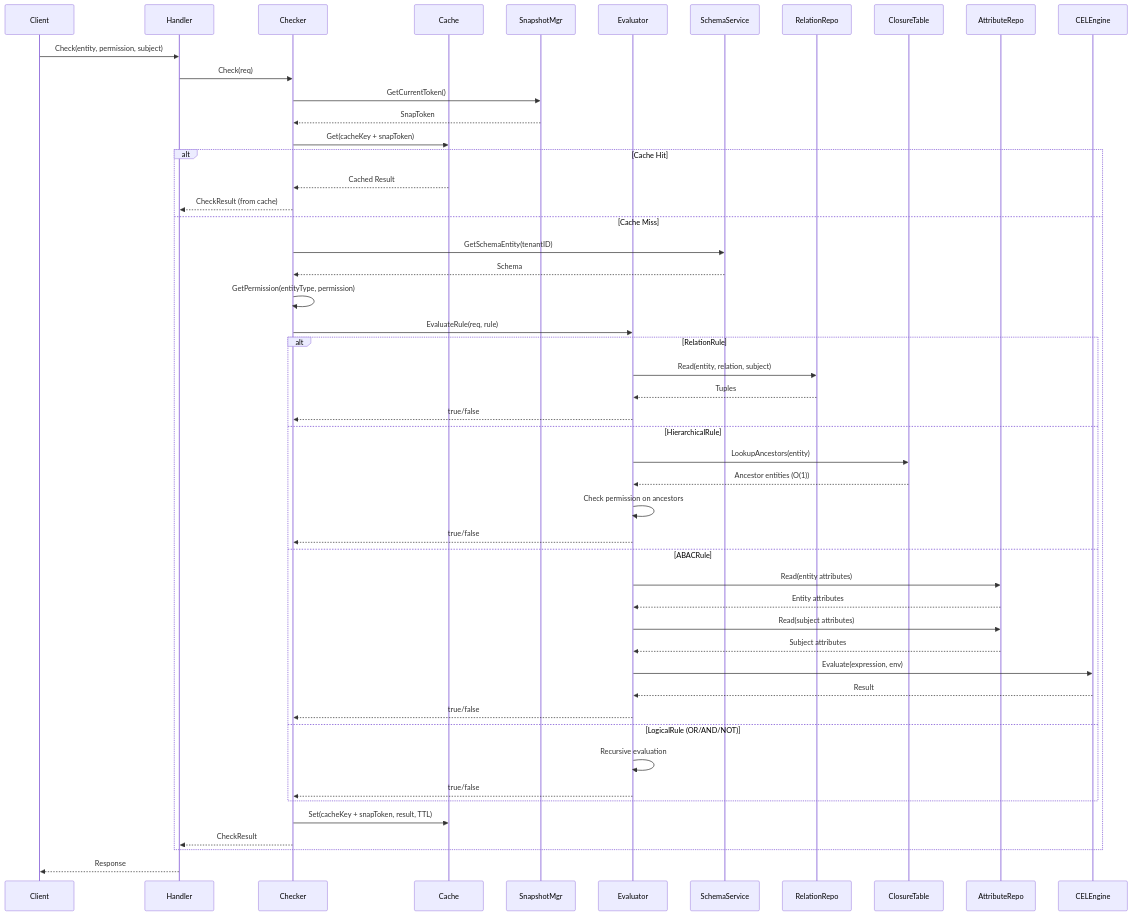
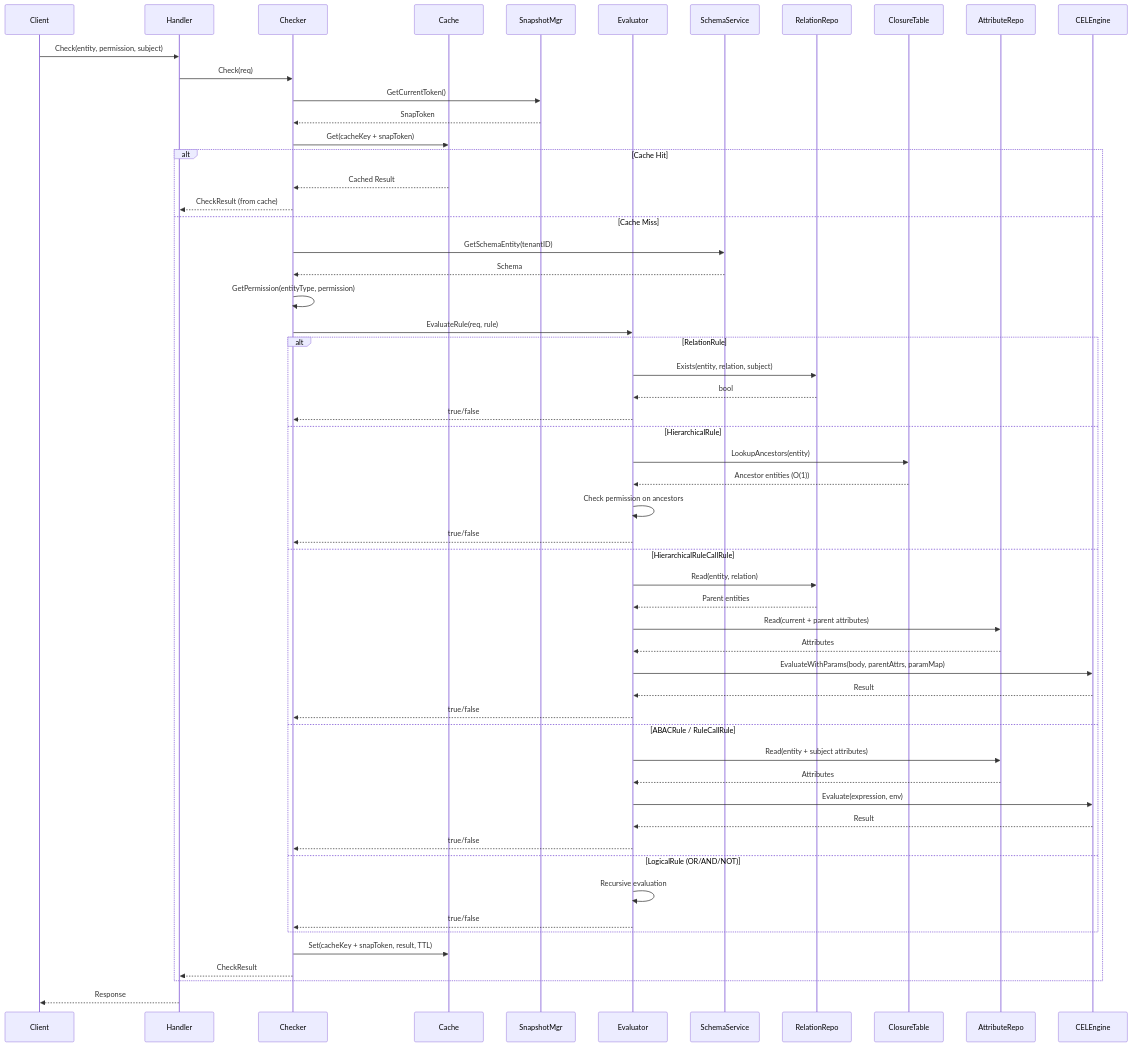
Before and after one commit to asakaida/keruberosu: the third of 15 diagrams in docs/ARCHITECTURE.md, drawn with Mermaid. The commit also changed other lines of this file and 3 other files, not shown here.

````diff
--- a/docs/ARCHITECTURE.md
+++ b/docs/ARCHITECTURE.md
@@ -158,59 +178,65 @@
 ```mermaid
 sequenceDiagram
     participant Client
     participant Handler
     participant Checker
     participant Cache
     participant SnapshotMgr
     participant Evaluator
     participant SchemaService
     participant RelationRepo
     participant ClosureTable
     participant AttributeRepo
     participant CELEngine
 
     Client->>Handler: Check(entity, permission, subject)
     Handler->>Checker: Check(req)
 
     Checker->>SnapshotMgr: GetCurrentToken()
     SnapshotMgr-->>Checker: SnapToken
 
     Checker->>Cache: Get(cacheKey + snapToken)
 
     alt Cache Hit
         Cache-->>Checker: Cached Result
         Checker-->>Handler: CheckResult (from cache)
     else Cache Miss
         Checker->>SchemaService: GetSchemaEntity(tenantID)
         SchemaService-->>Checker: Schema
         Checker->>Checker: GetPermission(entityType, permission)
         Checker->>Evaluator: EvaluateRule(req, rule)
 
         alt RelationRule
-            Evaluator->>RelationRepo: Read(entity, relation, subject)
-            RelationRepo-->>Evaluator: Tuples
+            Evaluator->>RelationRepo: Exists(entity, relation, subject)
+            RelationRepo-->>Evaluator: bool
             Evaluator-->>Checker: true/false
         else HierarchicalRule
             Evaluator->>ClosureTable: LookupAncestors(entity)
             ClosureTable-->>Evaluator: Ancestor entities (O(1))
             Evaluator->>Evaluator: Check permission on ancestors
             Evaluator-->>Checker: true/false
-        else ABACRule
-            Evaluator->>AttributeRepo: Read(entity attributes)
-            AttributeRepo-->>Evaluator: Entity attributes
-            Evaluator->>AttributeRepo: Read(subject attributes)
-            AttributeRepo-->>Evaluator: Subject attributes
+        else HierarchicalRuleCallRule
+            Evaluator->>RelationRepo: Read(entity, relation)
+            RelationRepo-->>Evaluator: Parent entities
+            Evaluator->>AttributeRepo: Read(current + parent attributes)
+            AttributeRepo-->>Evaluator: Attributes
+            Evaluator->>CELEngine: EvaluateWithParams(body, parentAttrs, paramMap)
+            CELEngine-->>Evaluator: Result
+            Evaluator-->>Checker: true/false
+        else ABACRule / RuleCallRule
+            Evaluator->>AttributeRepo: Read(entity + subject attributes)
+            AttributeRepo-->>Evaluator: Attributes
             Evaluator->>CELEngine: Evaluate(expression, env)
             CELEngine-->>Evaluator: Result
             Evaluator-->>Checker: true/false
         else LogicalRule (OR/AND/NOT)
             Evaluator->>Evaluator: Recursive evaluation
             Evaluator-->>Checker: true/false
         end
 
         Checker->>Cache: Set(cacheKey + snapToken, result, TTL)
         Checker-->>Handler: CheckResult
     end
 
     Handler-->>Client: Response
 ```
````
